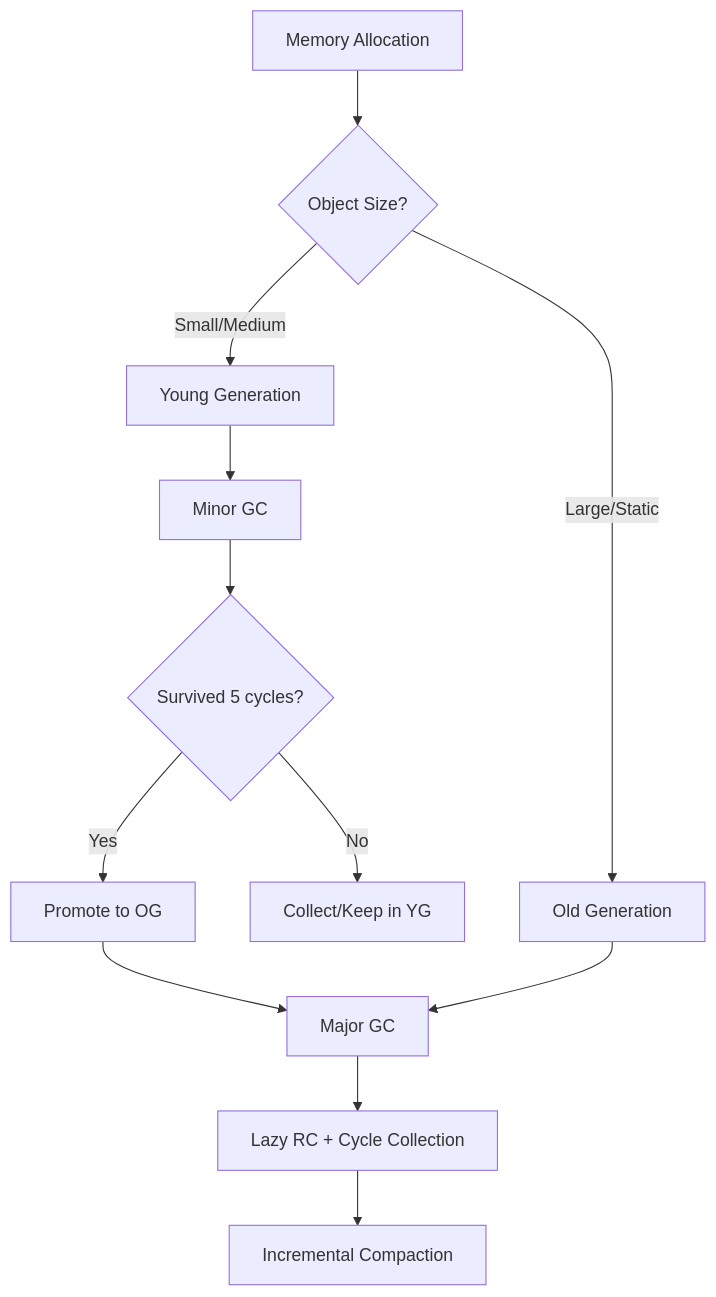
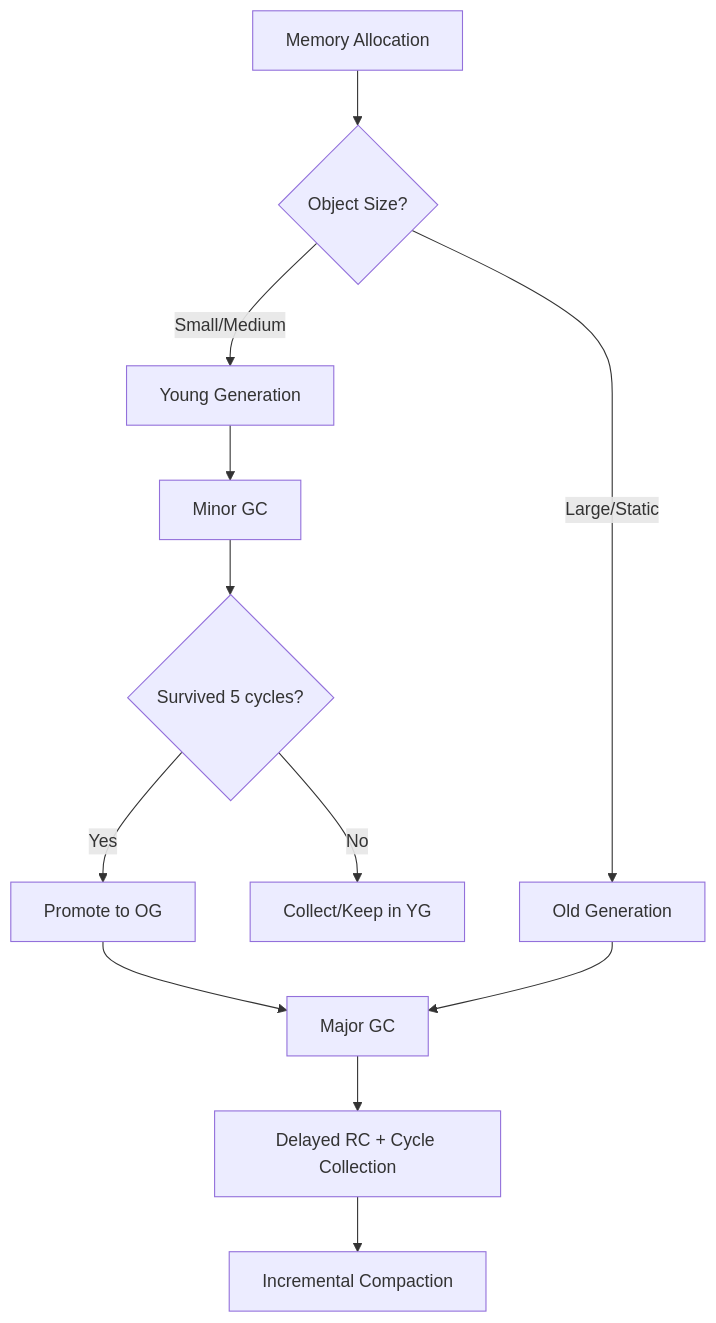
One commit to EnricVB/Celeris changed the diagram in docs/LANGUAGE_SPEC.md. Above: the diagram before and after it, drawn with Mermaid. The commit also changed other lines of this file, not shown here.

````diff
--- a/docs/LANGUAGE_SPEC.md
+++ b/docs/LANGUAGE_SPEC.md
@@ -1531,14 +1531,14 @@
 ```mermaid
 graph TD
     A[Memory Allocation] --> B{Object Size?}
     B -->|Small/Medium| C[Young Generation]
     B -->|Large/Static| D[Old Generation]
     C --> E[Minor GC]
     E --> F{Survived 5 cycles?}
     F -->|Yes| G[Promote to OG]
     F -->|No| H[Collect/Keep in YG]
     G --> I[Major GC]
     D --> I
-    I --> J[Lazy RC + Cycle Collection]
+    I --> J[Delayed RC + Cycle Collection]
     J --> K[Incremental Compaction]
 ```
````
